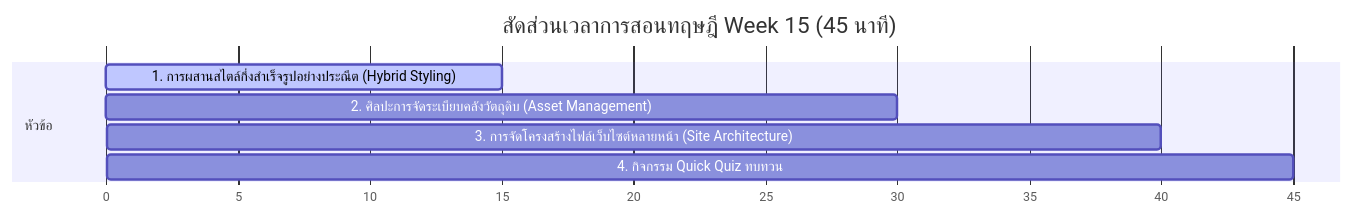
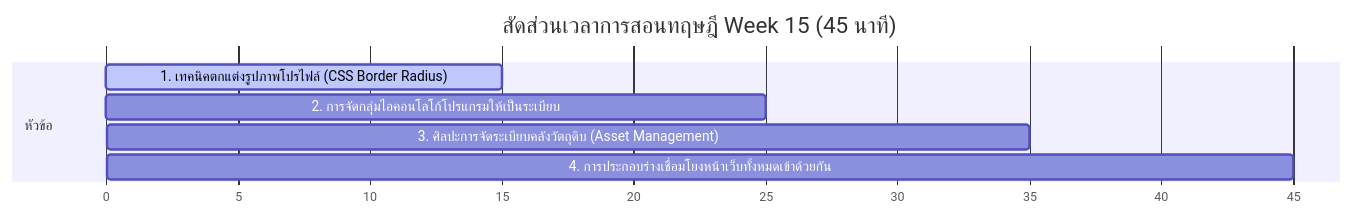
Before and after one commit to jirawat9ball/Website_lesson_plan: the diagram in Week 15/Teacher/README.md, drawn with Mermaid. The commit also changed other lines of this file and 22 other files, not shown here.

````diff
--- a/Week 15/Teacher/README.md
+++ b/Week 15/Teacher/README.md
@@ -8,11 +8,11 @@
 ```mermaid
 gantt
     title สัดส่วนเวลาการสอนทฤษฎี Week 15 (45 นาที)
     dateFormat  X
     axisFormat %s
     section หัวข้อ
-    1. การผสานสไตล์กึ่งสำเร็จรูปอย่างประณีต (Hybrid Styling) : active, 0, 15
-    2. ศิลปะการจัดระเบียบคลังวัตถุดิบ (Asset Management) : 15, 30
-    3. การจัดโครงสร้างไฟล์เว็บไซต์หลายหน้า (Site Architecture) : 30, 40
-    4. กิจกรรม Quick Quiz ทบทวน : 40, 45
+    1. เทคนิคตกแต่งรูปภาพโปรไฟล์ (CSS Border Radius) : active, 0, 15
+    2. การจัดกลุ่มไอคอนโลโก้โปรแกรมให้เป็นระเบียบ : 15, 25
+    3. ศิลปะการจัดระเบียบคลังวัตถุดิบ (Asset Management) : 25, 35
+    4. การประกอบร่างเชื่อมโยงหน้าเว็บทั้งหมดเข้าด้วยกัน : 35, 45
 ```
````
